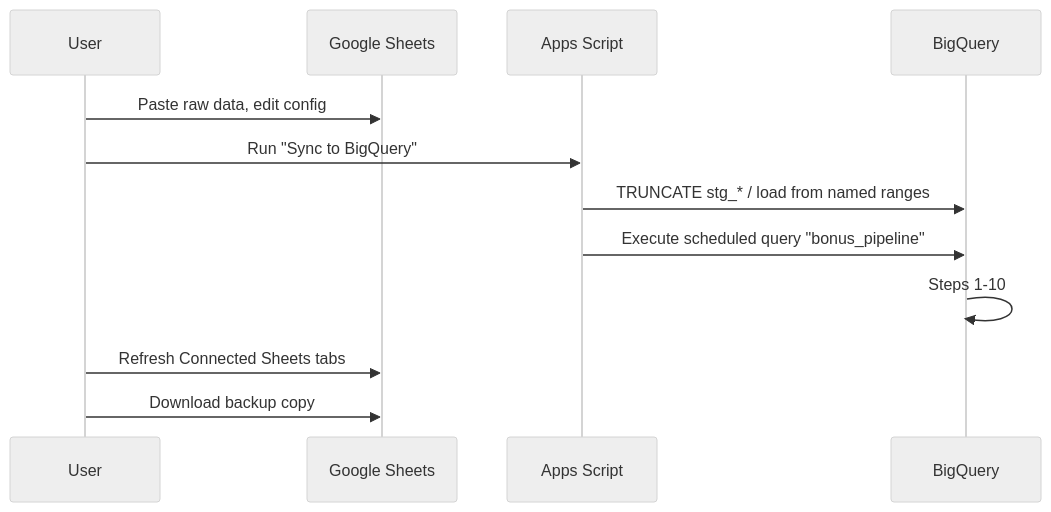
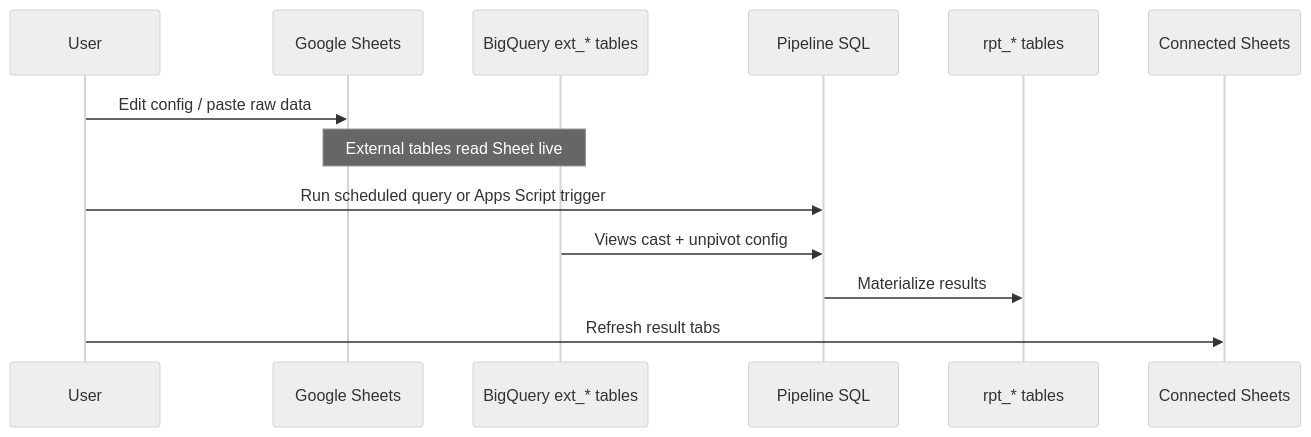
Before and after one commit to HL-spillay/Bonus-Calcs: the diagram in docs/sheets-integration.md, drawn with Mermaid (neutral theme). The commit also changed other lines of this file and 8 other files, not shown here.

````diff
--- a/docs/sheets-integration.md
+++ b/docs/sheets-integration.md
@@ -47,15 +47,16 @@
 ```mermaid
 sequenceDiagram
     participant User
     participant Sheet as Google Sheets
-    participant Script as Apps Script
-    participant BQ as BigQuery
+    participant Ext as BigQuery ext_* tables
+    participant Pipe as Pipeline SQL
+    participant Rpt as rpt_* tables
+    participant Conn as Connected Sheets
 
-    User->>Sheet: Paste raw data, edit config
-    User->>Script: Run "Sync to BigQuery"
-    Script->>BQ: TRUNCATE stg_* / load from named ranges
-    Script->>BQ: Execute scheduled query "bonus_pipeline"
-    BQ->>BQ: Steps 1-10
-    User->>Sheet: Refresh Connected Sheets tabs
-    User->>Sheet: Download backup copy
+    User->>Sheet: Edit config / paste raw data
+    Note over Sheet,Ext: External tables read Sheet live
+    User->>Pipe: Run scheduled query or Apps Script trigger
+    Ext->>Pipe: Views cast + unpivot config
+    Pipe->>Rpt: Materialize results
+    User->>Conn: Refresh result tabs
 ```
````
